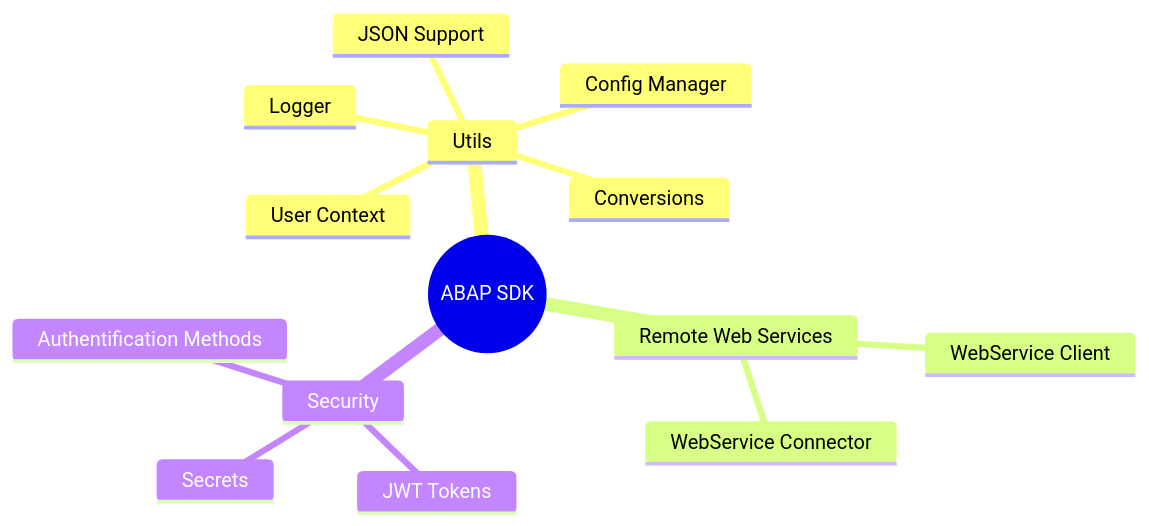
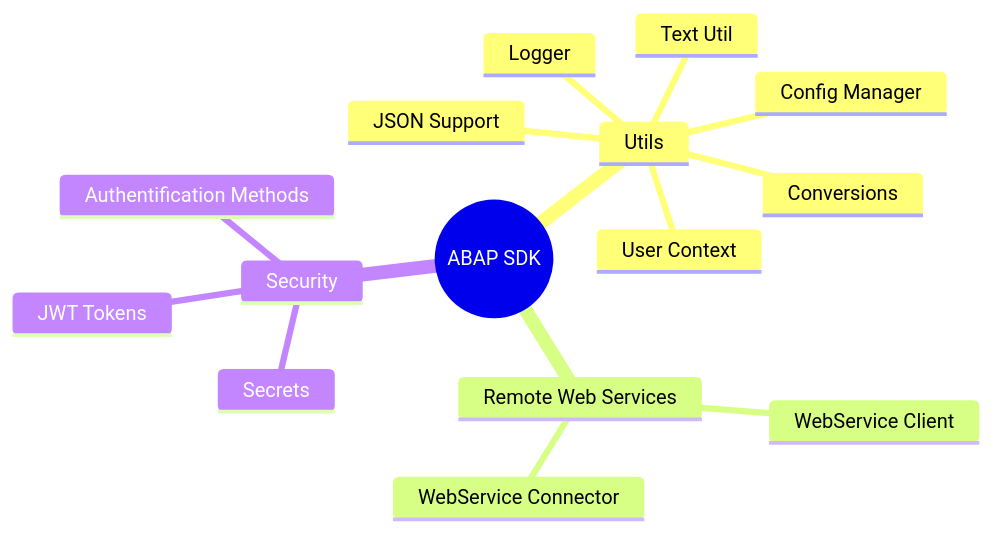
The first of 2 diagrams in README.md (b-tocs/abap_btocs_core), drawn with Mermaid before and after one commit. The commit also changed other lines of this file and 1 other file, not shown here.

````diff
--- a/README.md
+++ b/README.md
@@ -14,17 +14,18 @@
 ```mermaid
 mindmap
   root((ABAP SDK))
     Utils
       Logger
       User Context
       JSON Support
       Conversions
-      Config Manager      
+      Config Manager   
+      Text Util   
     Remote Web Services
         WebService Client
         WebService Connector
     Security
         Secrets
         Authentification Methods
         JWT Tokens
 ```
````
